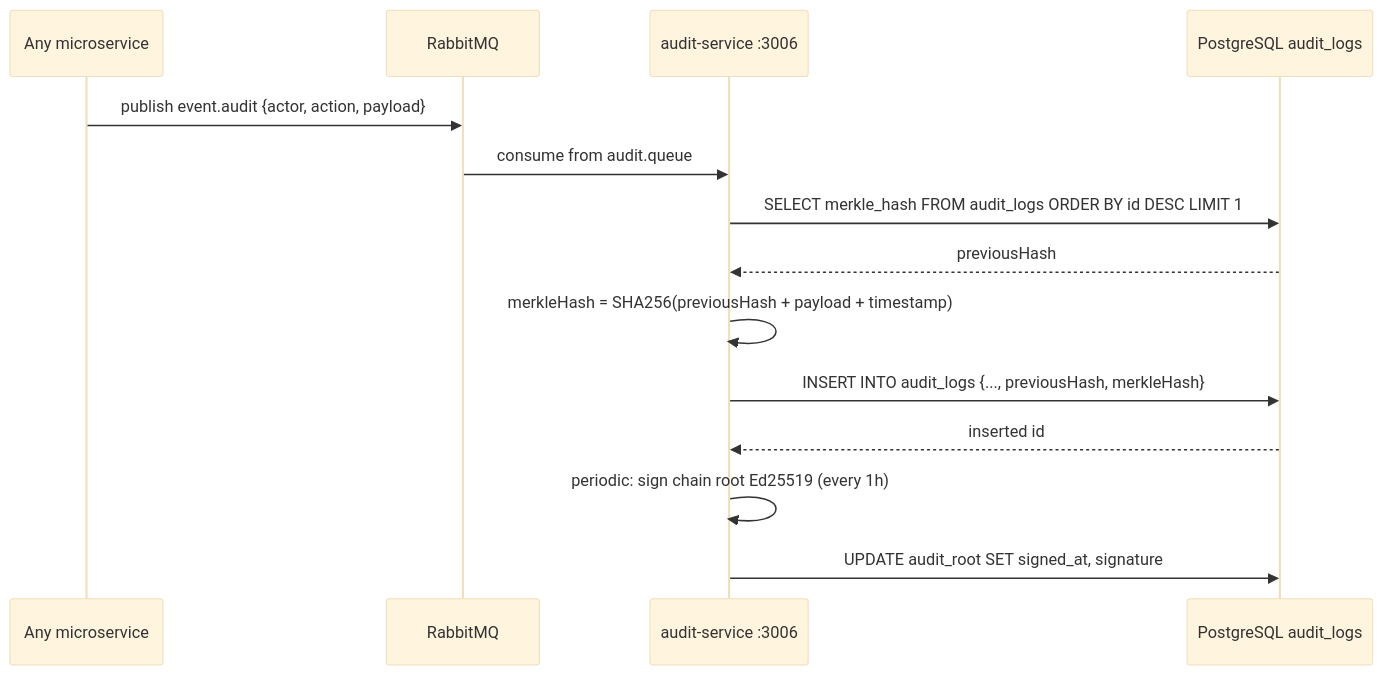
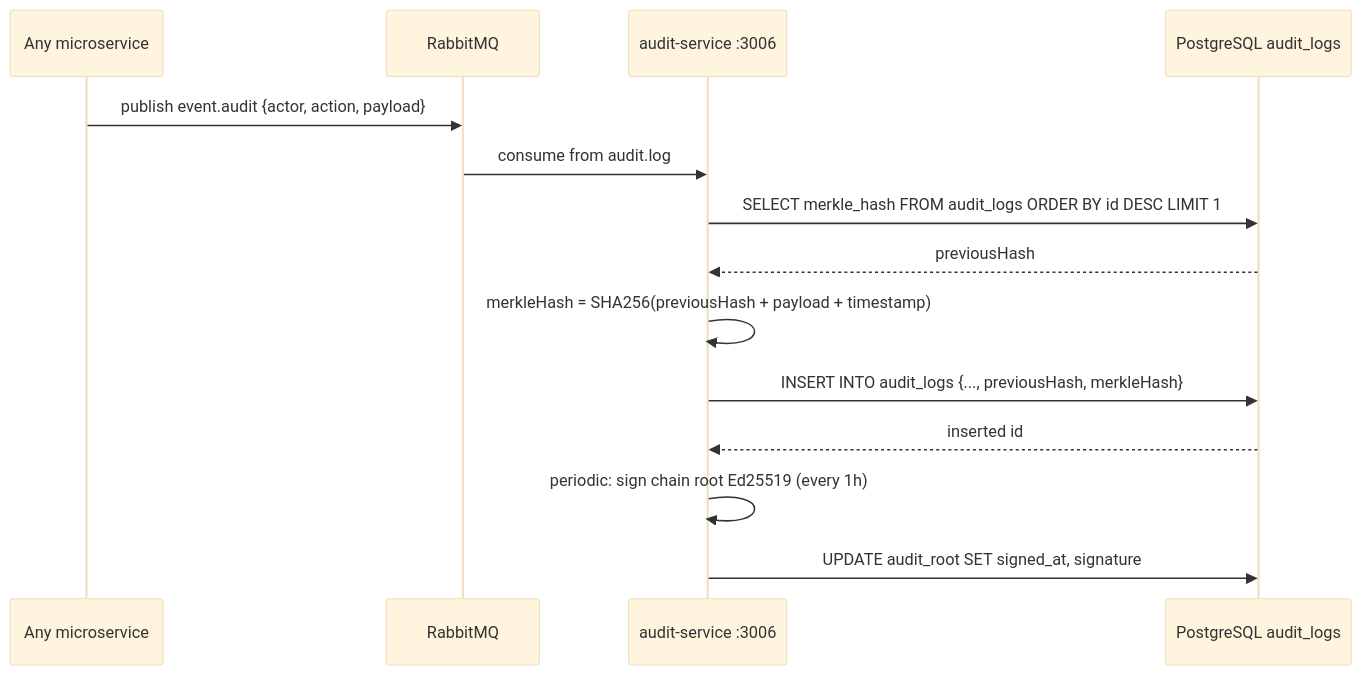
Diagram 30 of 40 in docs/diagrams/99-DIAGRAMMES-MERMAID.md (TheManInPink/Session-Ete-2026), drawn with Mermaid (base theme) before and after one commit. The commit also changed 6 other files, not shown here.

First line of the commit message:
docs: aligner ADR-014 + docs 09/10/11 + diagrammes sur la topologie RabbitMQ réelle

````diff
--- a/docs/diagrams/99-DIAGRAMMES-MERMAID.md
+++ b/docs/diagrams/99-DIAGRAMMES-MERMAID.md
@@ -1331,17 +1331,17 @@
 ```mermaid
 sequenceDiagram
     participant Svc as Any microservice
     participant MQ as RabbitMQ
     participant Aud as audit-service :3006
     participant Pg as PostgreSQL audit_logs
 
     Svc->>MQ: publish event.audit {actor, action, payload}
-    MQ->>Aud: consume from audit.queue
+    MQ->>Aud: consume from audit.log
     Aud->>Pg: SELECT merkle_hash FROM audit_logs ORDER BY id DESC LIMIT 1
     Pg-->>Aud: previousHash
     Aud->>Aud: merkleHash = SHA256(previousHash + payload + timestamp)
     Aud->>Pg: INSERT INTO audit_logs {..., previousHash, merkleHash}
     Pg-->>Aud: inserted id
     Aud->>Aud: periodic: sign chain root Ed25519 (every 1h)
     Aud->>Pg: UPDATE audit_root SET signed_at, signature
 ```
````
